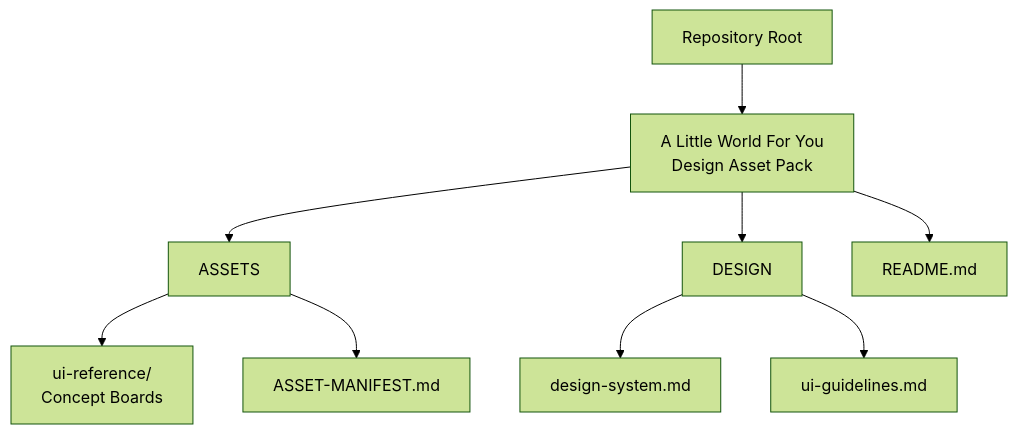
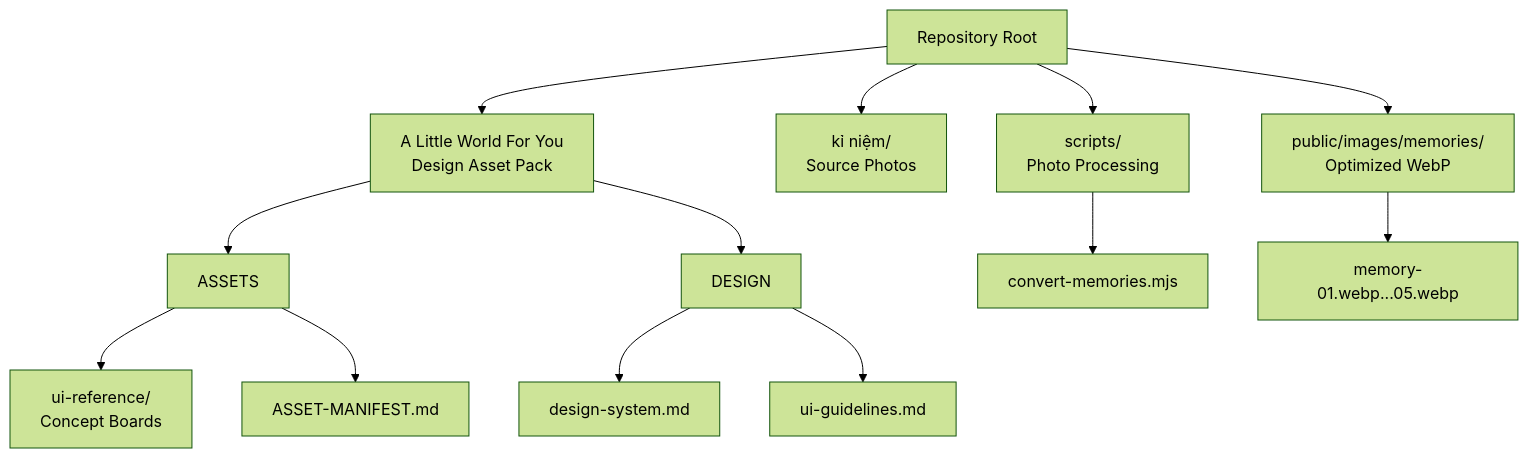
One commit to quangkiet1/anh-xin-loi changed the first of 8 diagrams in .qoder/repowiki/en/content/Asset Management and References.md. Above: the diagram before and after it, drawn with Mermaid (forest theme). The commit also changed other lines of this file and 13 other files, not shown here.

````diff
--- a/.qoder/repowiki/en/content/Asset Management and References.md
+++ b/.qoder/repowiki/en/content/Asset Management and References.md
@@ -36,11 +53,15 @@
 ```mermaid
 graph TB
 Root["Repository Root"] --> DesignPack["A Little World For You<br/>Design Asset Pack"]
+Root --> SourceImages["kỉ niệm/<br/>Source Photos"]
+Root --> Scripts["scripts/<br/>Photo Processing"]
+Root --> PublicImages["public/images/memories/<br/>Optimized WebP"]
 DesignPack --> Assets["ASSETS"]
 Assets --> UiRef["ui-reference/<br/>Concept Boards"]
 Assets --> Manifest["ASSET-MANIFEST.md"]
 DesignPack --> Design["DESIGN"]
 Design --> System["design-system.md"]
 Design --> UIGuide["ui-guidelines.md"]
-DesignPack --> Readme["README.md"]
+Scripts --> ConvertScript["convert-memories.mjs"]
+PublicImages --> ProcessedWebP["memory-01.webp...05.webp"]
 ```
````
